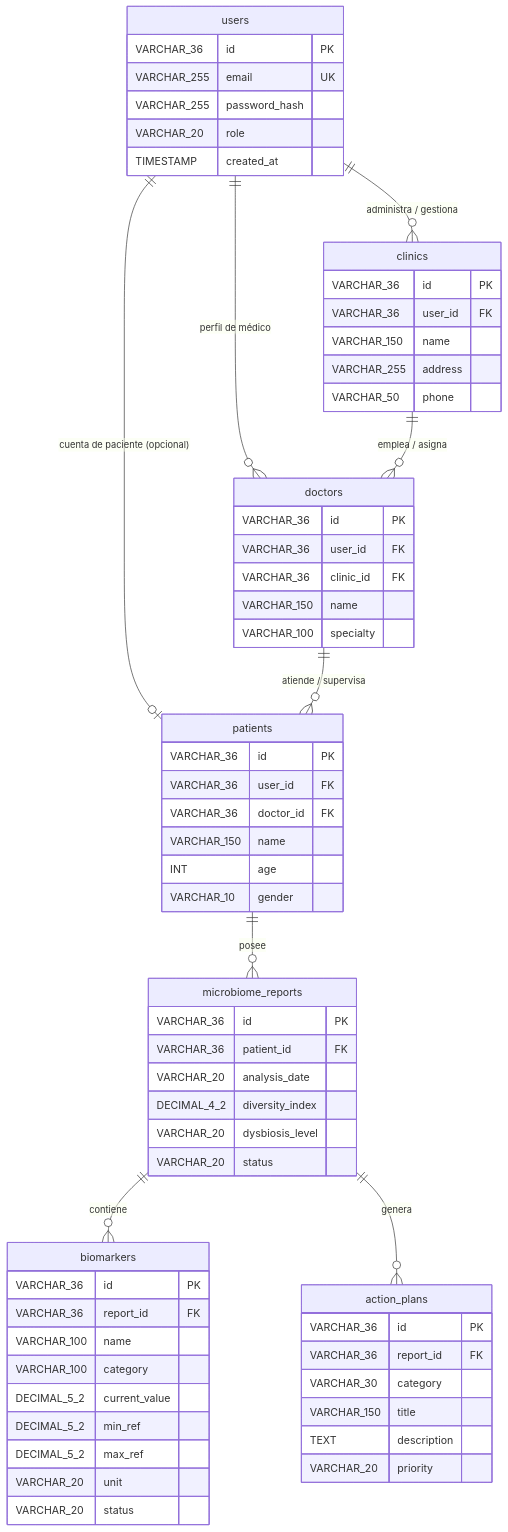
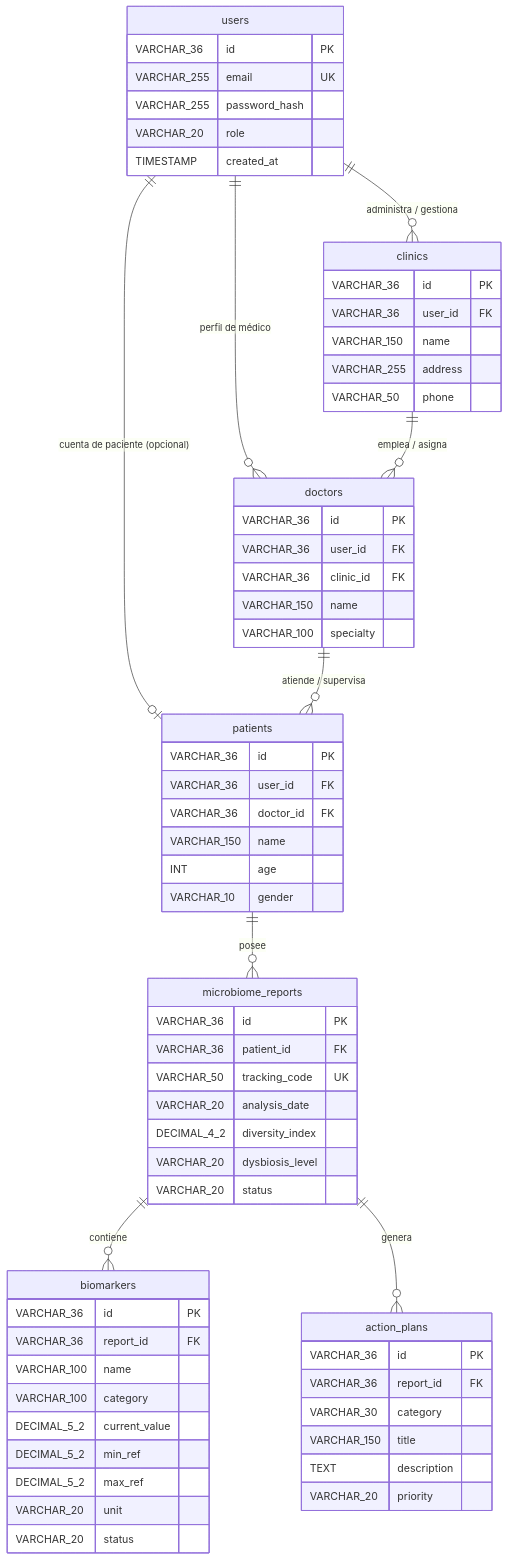
The diagram in README.md (guille15j/clinical-report-manager), drawn with Mermaid before and after one commit. The commit also changed other lines of this file and 3 other files, not shown here.

````diff
--- a/README.md
+++ b/README.md
@@ -95,74 +89,75 @@
 ```mermaid
 erDiagram
     users ||--o{ clinics : "administra / gestiona"
     users ||--o{ doctors : "perfil de médico"
     users ||--o| patients : "cuenta de paciente (opcional)"
     clinics ||--o{ doctors : "emplea / asigna"
     doctors ||--o{ patients : "atiende / supervisa"
     patients ||--o{ microbiome_reports : "posee"
     microbiome_reports ||--o{ biomarkers : "contiene"
     microbiome_reports ||--o{ action_plans : "genera"
 
     users {
         VARCHAR_36 id PK
         VARCHAR_255 email UK
         VARCHAR_255 password_hash
         VARCHAR_20 role
         TIMESTAMP created_at
     }
 
     clinics {
         VARCHAR_36 id PK
         VARCHAR_36 user_id FK
         VARCHAR_150 name
         VARCHAR_255 address
         VARCHAR_50 phone
     }
 
     doctors {
         VARCHAR_36 id PK
         VARCHAR_36 user_id FK
         VARCHAR_36 clinic_id FK
         VARCHAR_150 name
         VARCHAR_100 specialty
     }
 
     patients {
         VARCHAR_36 id PK
         VARCHAR_36 user_id FK
         VARCHAR_36 doctor_id FK
         VARCHAR_150 name
         INT age
         VARCHAR_10 gender
     }
 
     microbiome_reports {
         VARCHAR_36 id PK
         VARCHAR_36 patient_id FK
+        VARCHAR_50 tracking_code UK
         VARCHAR_20 analysis_date
         DECIMAL_4_2 diversity_index
         VARCHAR_20 dysbiosis_level
         VARCHAR_20 status
     }
 
     biomarkers {
         VARCHAR_36 id PK
         VARCHAR_36 report_id FK
         VARCHAR_100 name
         VARCHAR_100 category
         DECIMAL_5_2 current_value
         DECIMAL_5_2 min_ref
         DECIMAL_5_2 max_ref
         VARCHAR_20 unit
         VARCHAR_20 status
     }
 
     action_plans {
         VARCHAR_36 id PK
         VARCHAR_36 report_id FK
         VARCHAR_30 category
         VARCHAR_150 title
         TEXT description
         VARCHAR_20 priority
     }
 ```
````
